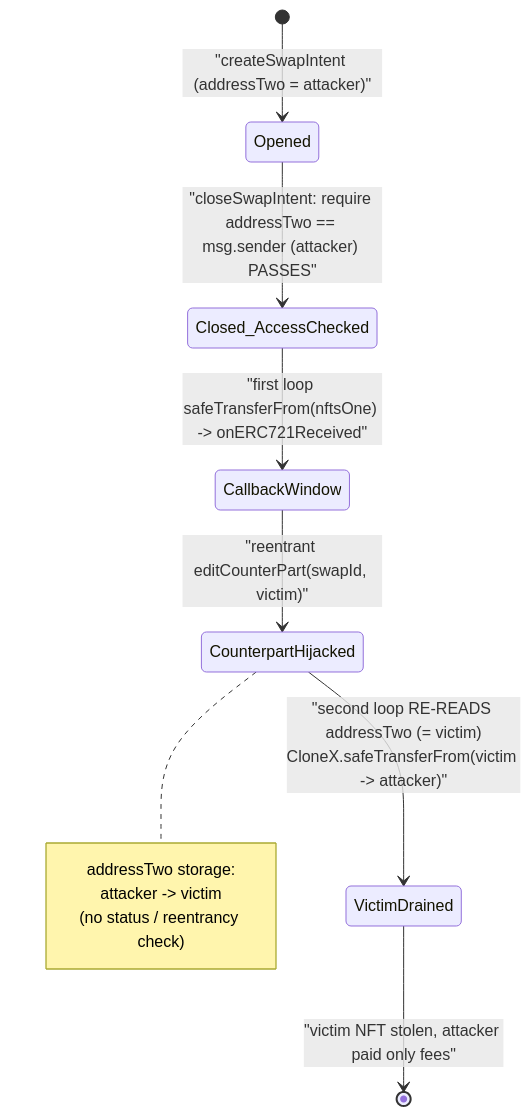
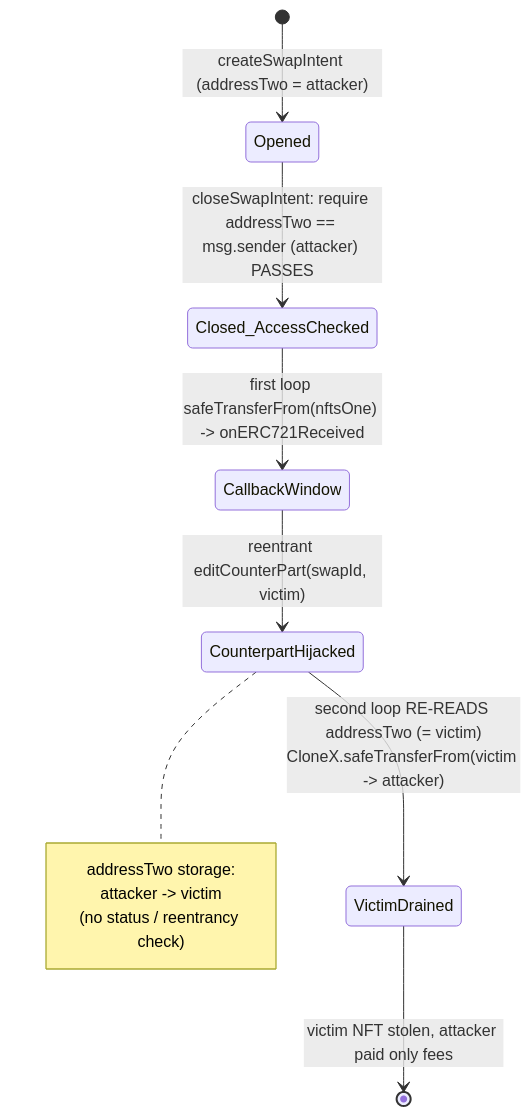
Before and after one commit to sanbir/evm-hack-registry: the second of 3 diagrams in 2023-12-NFTTrader_exp/NFTTrader_exp.md, drawn with Mermaid. The commit also changed other lines of this file and 280 other files, not shown here.

Commit message:
mermaid fixes

````diff
--- a/2023-12-NFTTrader_exp/NFTTrader_exp.md
+++ b/2023-12-NFTTrader_exp/NFTTrader_exp.md
@@ -295,14 +295,14 @@
 ```mermaid
 stateDiagram-v2
-    [*] --> Opened : "createSwapIntent (addressTwo = attacker)"
-    Opened --> Closed_AccessChecked : "closeSwapIntent: require addressTwo == msg.sender (attacker) PASSES"
-    Closed_AccessChecked --> CallbackWindow : "first loop safeTransferFrom(nftsOne) -> onERC721Received"
-    CallbackWindow --> CounterpartHijacked : "reentrant editCounterPart(swapId, victim)"
+    [*] --> Opened : createSwapIntent (addressTwo = attacker)
+    Opened --> Closed_AccessChecked : closeSwapIntent#58; require addressTwo == msg.sender (attacker) PASSES
+    Closed_AccessChecked --> CallbackWindow : first loop safeTransferFrom(nftsOne) -> onERC721Received
+    CallbackWindow --> CounterpartHijacked : reentrant editCounterPart(swapId, victim)
     note right of CounterpartHijacked
         addressTwo storage:
         attacker -> victim
         (no status / reentrancy check)
     end note
-    CounterpartHijacked --> VictimDrained : "second loop RE-READS addressTwo (= victim)<br/>CloneX.safeTransferFrom(victim -> attacker)"
-    VictimDrained --> [*] : "victim NFT stolen, attacker paid only fees"
+    CounterpartHijacked --> VictimDrained : second loop RE-READS addressTwo (= victim)<br/>CloneX.safeTransferFrom(victim -> attacker)
+    VictimDrained --> [*] : victim NFT stolen, attacker paid only fees
 ```
````
